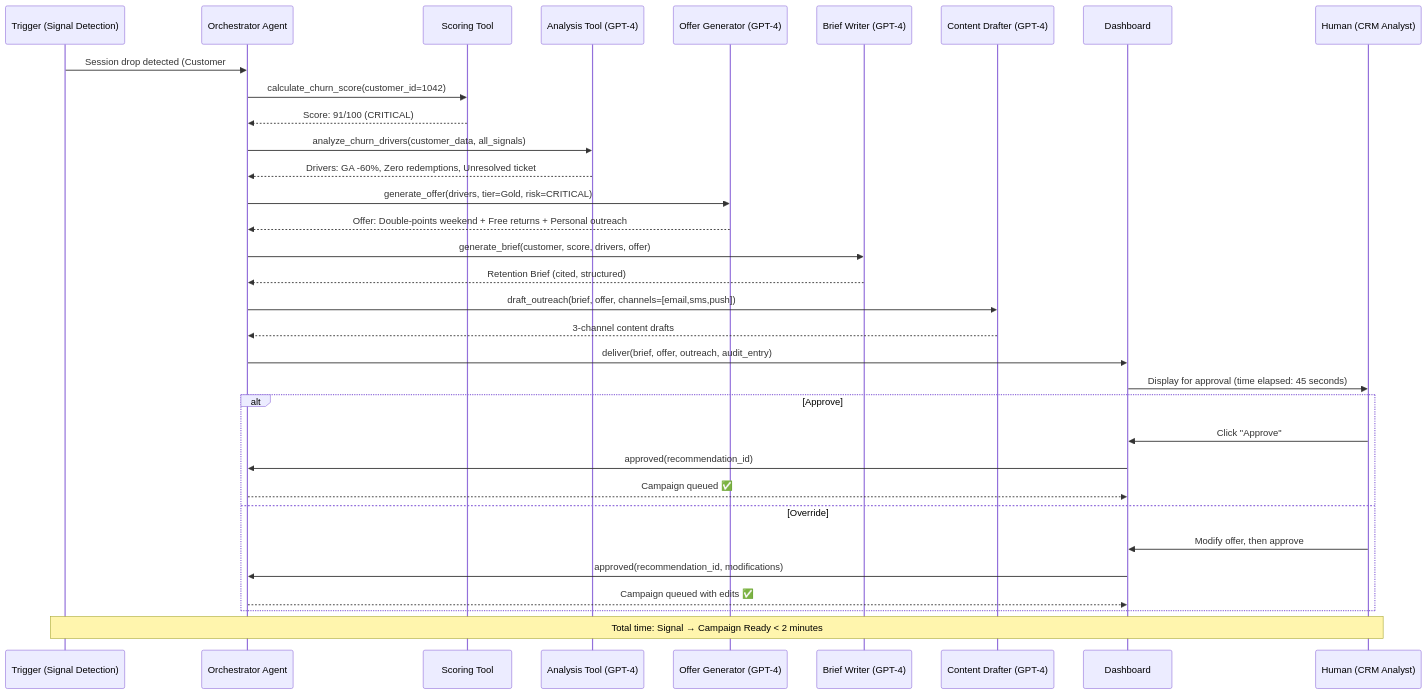
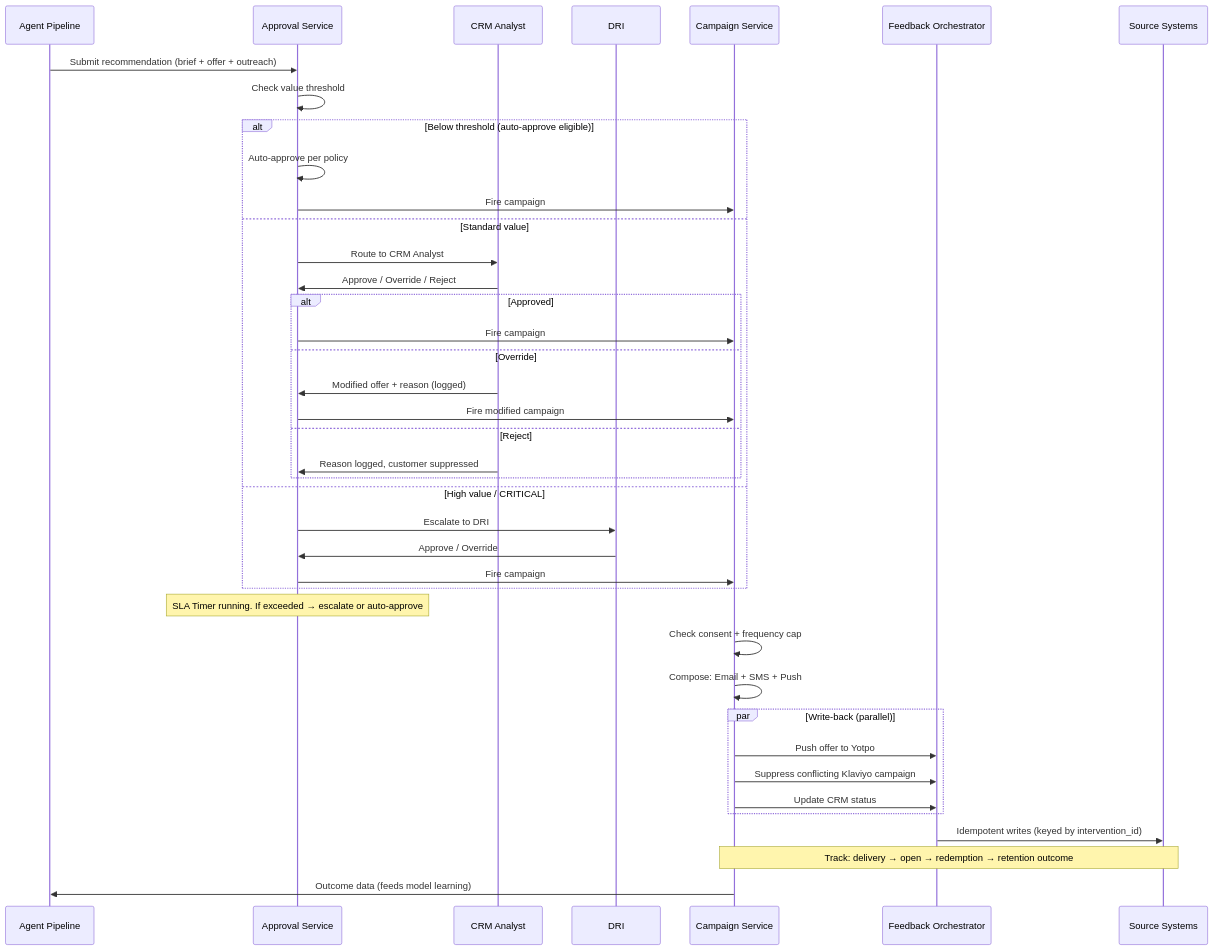
One commit to SruthiMamidipalli/rde-apex changed the sixth of 8 diagrams in .kiro/specs/apex-loyalty-ai-retention/architecture-diagrams.md. Above: the diagram before and after it, drawn with Mermaid. The commit also changed other lines of this file and 2 other files, not shown here.

Commit message:
add feature list, spec document, updated architecture diagrams with cost optimization

````diff
--- a/.kiro/specs/apex-loyalty-ai-retention/architecture-diagrams.md
+++ b/.kiro/specs/apex-loyalty-ai-retention/architecture-diagrams.md
@@ -148,43 +333,51 @@
 ```mermaid
 sequenceDiagram
-    participant T as Trigger (Signal Detection)
-    participant O as Orchestrator Agent
-    participant S as Scoring Tool
-    participant A as Analysis Tool (GPT-4)
-    participant G as Offer Generator (GPT-4)
-    participant B as Brief Writer (GPT-4)
-    participant C as Content Drafter (GPT-4)
-    participant D as Dashboard
-    participant H as Human (CRM Analyst)
+    participant A as Agent Pipeline
+    participant AS as Approval Service
+    participant AN as CRM Analyst
+    participant DR as DRI
+    participant CS as Campaign Service
+    participant FB as Feedback Orchestrator
+    participant SYS as Source Systems
 
-    T->>O: Session drop detected (Customer #1042)
-    O->>S: calculate_churn_score(customer_id=1042)
-    S-->>O: Score: 91/100 (CRITICAL)
+    A->>AS: Submit recommendation (brief + offer + outreach)
     
-    O->>A: analyze_churn_drivers(customer_data, all_signals)
-    A-->>O: Drivers: GA -60%, Zero redemptions, Unresolved ticket
-
-    O->>G: generate_offer(drivers, tier=Gold, risk=CRITICAL)
-    G-->>O: Offer: Double-points weekend + Free returns + Personal outreach
-
-    O->>B: generate_brief(customer, score, drivers, offer)
-    B-->>O: Retention Brief (cited, structured)
-
-    O->>C: draft_outreach(brief, offer, channels=[email,sms,push])
-    C-->>O: 3-channel content drafts
-
-    O->>D: deliver(brief, offer, outreach, audit_entry)
-    D->>H: Display for approval (time elapsed: 45 seconds)
-
-    alt Approve
-        H->>D: Click "Approve"
-        D->>O: approved(recommendation_id)
-        O-->>D: Campaign queued ✅
-    else Override
-        H->>D: Modify offer, then approve
-        D->>O: approved(recommendation_id, modifications)
-        O-->>D: Campaign queued with edits ✅
+    AS->>AS: Check value threshold
+    
+    alt Below threshold (auto-approve eligible)
+        AS->>AS: Auto-approve per policy
+        AS->>CS: Fire campaign
+    else Standard value
+        AS->>AN: Route to CRM Analyst
+        AN->>AS: Approve / Override / Reject
+        alt Approved
+            AS->>CS: Fire campaign
+        else Override
+            AN->>AS: Modified offer + reason (logged)
+            AS->>CS: Fire modified campaign
+        else Reject
+            AN->>AS: Reason logged, customer suppressed
+        end
+    else High value / CRITICAL
+        AS->>DR: Escalate to DRI
+        DR->>AS: Approve / Override
+        AS->>CS: Fire campaign
     end
 
-    Note over T,H: Total time: Signal → Campaign Ready < 2 minutes
+    Note over AS: SLA Timer running. If exceeded → escalate or auto-approve
+
+    CS->>CS: Check consent + frequency cap
+    CS->>CS: Compose: Email + SMS + Push
+
+    par Write-back (parallel)
+        CS->>FB: Push offer to Yotpo
+        CS->>FB: Suppress conflicting Klaviyo campaign
+        CS->>FB: Update CRM status
+    end
+
+    FB->>SYS: Idempotent writes (keyed by intervention_id)
+    
+    Note over CS,SYS: Track: delivery → open → redemption → retention outcome
+    
+    CS->>A: Outcome data (feeds model learning)
 ```
````
